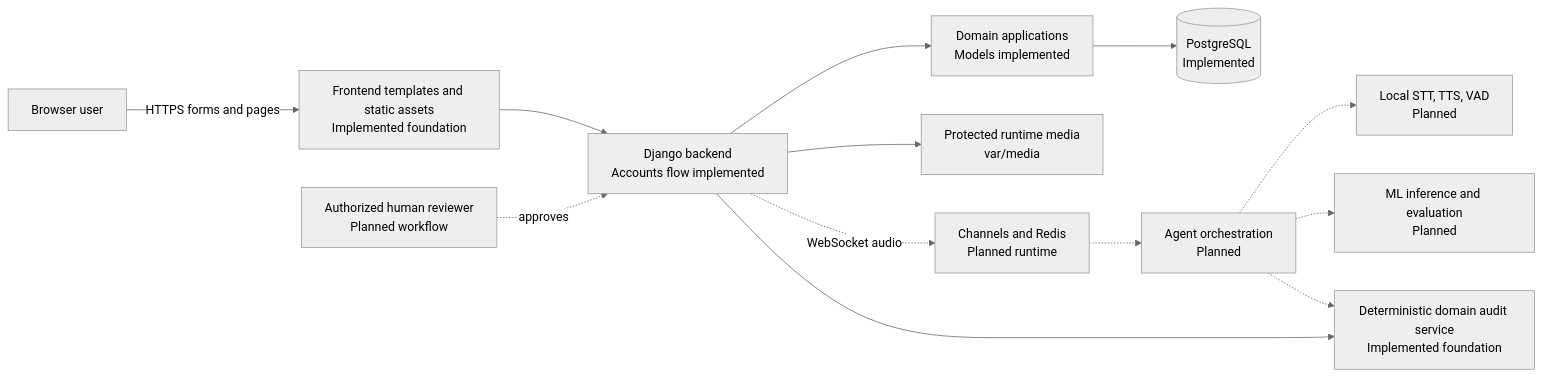
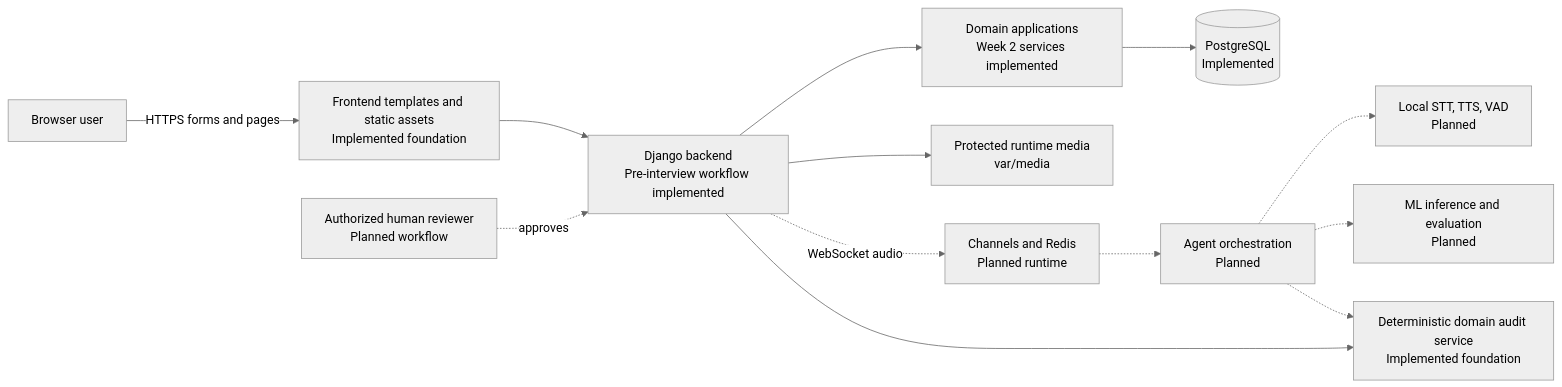
One commit to hamzadugal21/MultiAgentCaller changed the first of 4 diagrams in docs/ARCHITECTURE.md. Above: the diagram before and after it, drawn with Mermaid (neutral theme). The commit also changed other lines of this file and 9 other files, not shown here.

````diff
--- a/docs/ARCHITECTURE.md
+++ b/docs/ARCHITECTURE.md
@@ -13,15 +13,15 @@
 ```mermaid
 flowchart LR
     U[Browser user] -->|HTTPS forms and pages| FE[Frontend templates and static assets<br/>Implemented foundation]
-    FE --> DJ[Django backend<br/>Accounts flow implemented]
-    DJ --> APPS[Domain applications<br/>Models implemented]
+    FE --> DJ[Django backend<br/>Pre-interview workflow implemented]
+    DJ --> APPS[Domain applications<br/>Week 2 services implemented]
     APPS --> PG[(PostgreSQL<br/>Implemented)]
     DJ --> MEDIA[Protected runtime media<br/>var/media]
     DJ -. WebSocket audio .-> CH[Channels and Redis<br/>Planned runtime]
     CH -.-> ORCH[Agent orchestration<br/>Planned]
     ORCH -.-> SPEECH[Local STT, TTS, VAD<br/>Planned]
     ORCH -.-> ML[ML inference and evaluation<br/>Planned]
     DJ --> AUDIT[Deterministic domain audit service<br/>Implemented foundation]
     ORCH -.-> AUDIT
     REVIEW[Authorized human reviewer<br/>Planned workflow] -. approves .-> DJ
 ```
````
